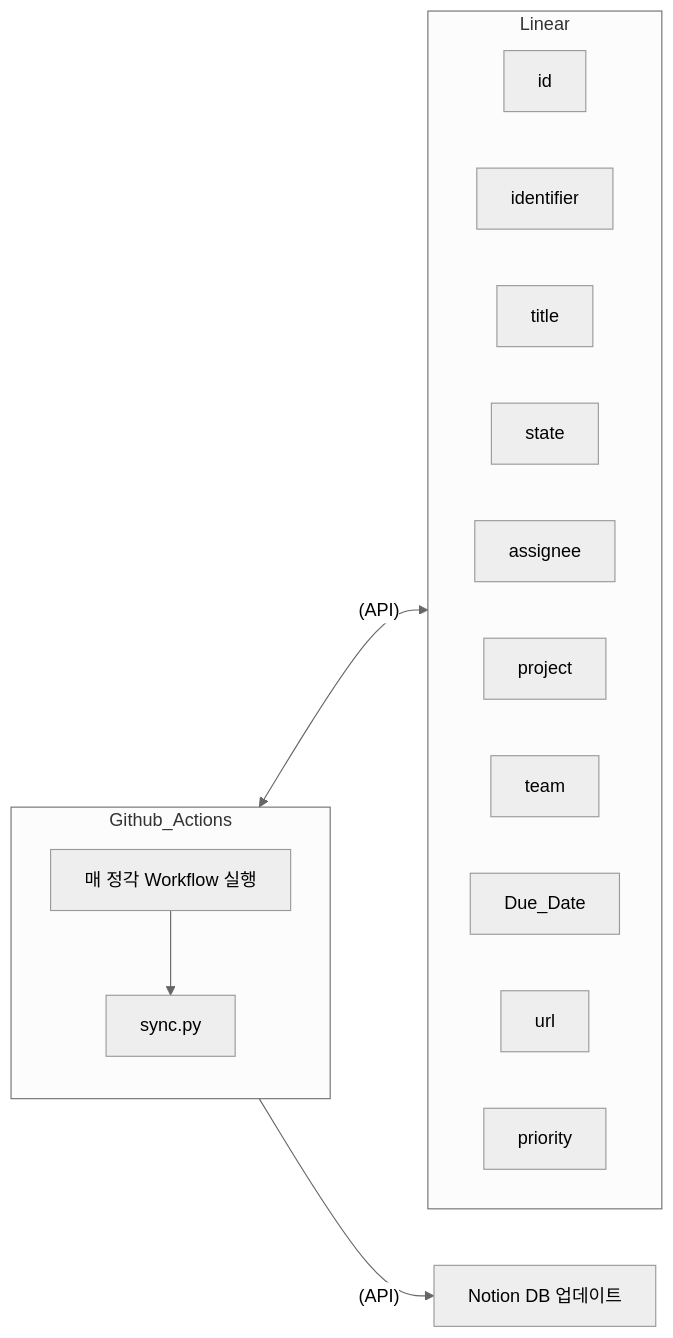
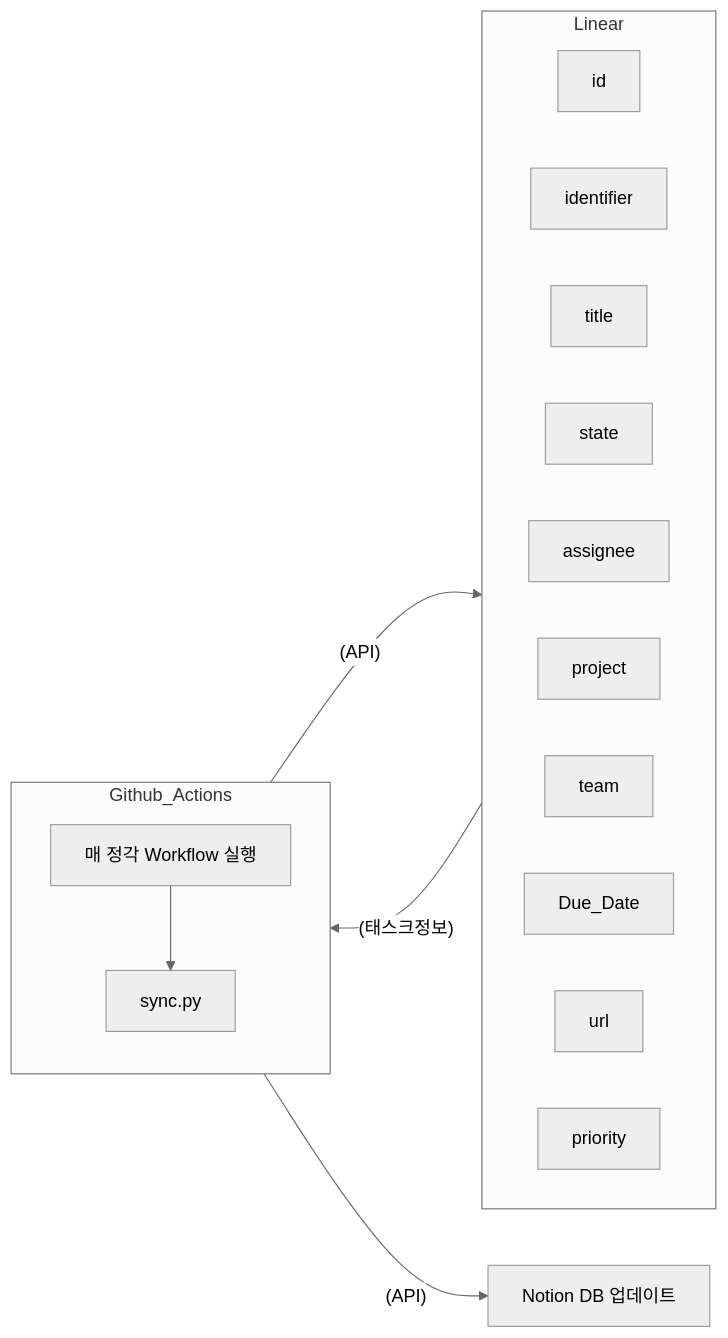
One commit to kimkeonhyo/linear_to_notion changed the diagram in README.md. Above: the diagram before and after it, drawn with Mermaid (neutral theme).

Commit message:
Readme 수정

````diff
--- a/README.md
+++ b/README.md
@@ -10,26 +10,27 @@
 ```mermaid
 graph LR
 
 subgraph Linear
 direction LR
 I1["id"]
 I2["identifier"]
 I3["title"]
 I4["state"]
 I5["assignee"]
 I6["project"]
 I7["team"]
 I8["creat_Time"]
 I8["Due_Date"]
 I9["url"]
 I10["priority"]
 end
 subgraph Github_Actions
 cron["매 정각 Workflow 실행"]
 python[sync.py]
 cron --> python
 end
 
-Github_Actions <--(API)--> Linear 
+Github_Actions --(API)--> Linear 
+Linear --(태스크정보)--> Github_Actions
 Github_Actions --(API)--> Notion["Notion DB 업데이트"]
 ```
````
